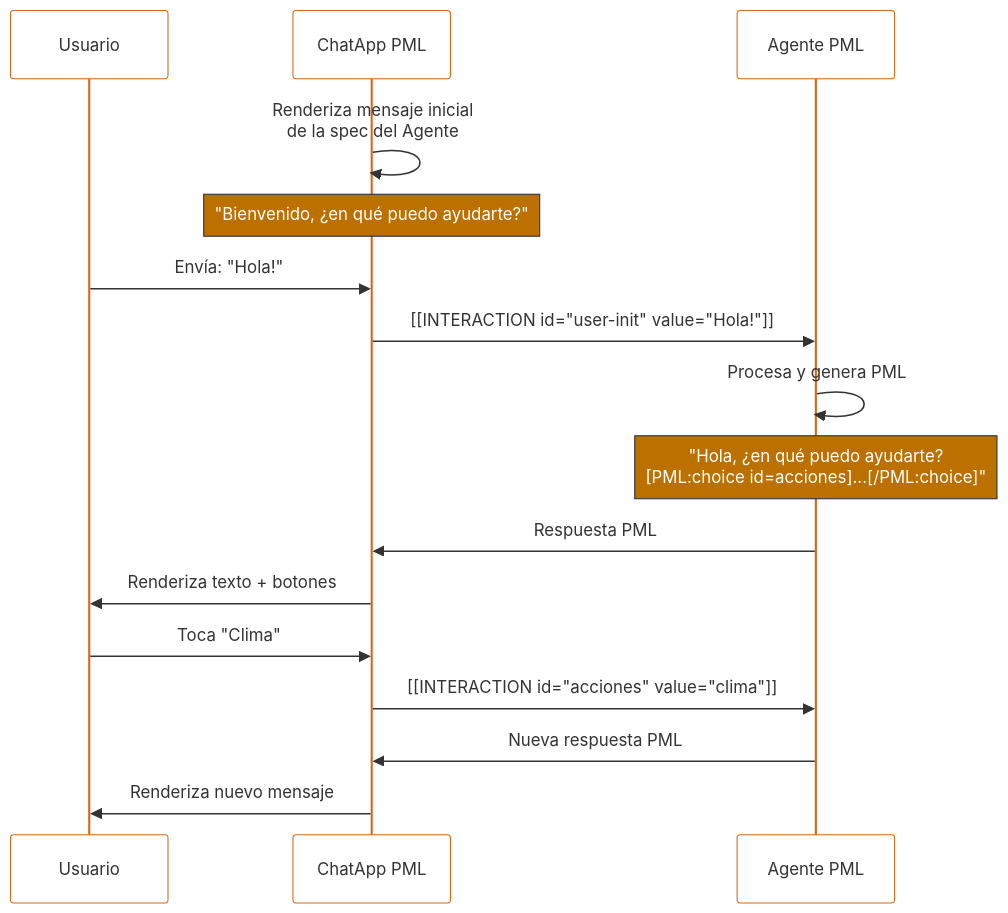
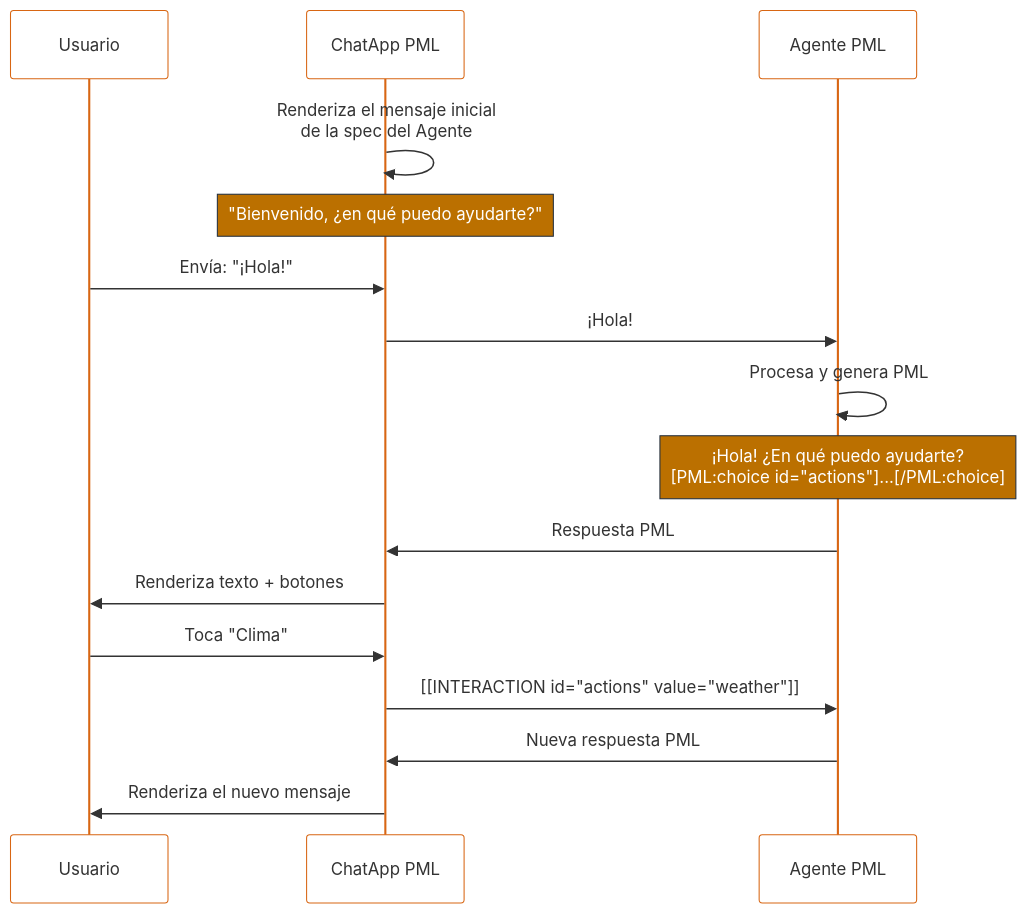
The diagram in internals/README.es.md (pedro-aaron/PML), drawn with Mermaid before and after one commit. The commit also changed other lines of this file and 3 other files, not shown here.

First line of the commit message:
Define PML v1.15 interaction contracts

````diff
--- a/internals/README.es.md
+++ b/internals/README.es.md
@@ -114,21 +112,21 @@
 ```mermaid
 %%{init: {'theme': 'base', 'themeVariables': {'labelBoxBkgColor': 'lightgrey', 'labelBoxBorderColor': '#000000', 'actorBorder': '#D86613', 'actorBkg': '#ffffff', 'activationBorderColor': '#232F3E', 'activationBkgColor': '#D86613', 'noteBkgColor': 'rgba(187, 112, 0, 1)','noteTextColor': '#ffffff', 'noteBorderColor': '#232F3E'}}}%%
 
 sequenceDiagram
     participant User as Usuario
     participant ChatApp as ChatApp PML
     participant Agent as Agente PML
 
-    ChatApp->>ChatApp: Renderiza mensaje inicial<br />de la spec del Agente
+    ChatApp->>ChatApp: Renderiza el mensaje inicial<br />de la spec del Agente
     note over ChatApp: "Bienvenido, ¿en qué puedo ayudarte?"
-    User->>ChatApp: Envía: "Hola!"
-    ChatApp->>Agent: [[INTERACTION id="user-init" value="Hola!"]]
+    User->>ChatApp: Envía: "¡Hola!"
+    ChatApp->>Agent: ¡Hola!
     Agent->>Agent: Procesa y genera PML
-    note over Agent: "Hola, ¿en qué puedo ayudarte?<br />[PML:choice id=acciones]...[/PML:choice]"
+    note over Agent: ¡Hola! ¿En qué puedo ayudarte?<br />[PML:choice id="actions"]...[/PML:choice]
     Agent->>ChatApp: Respuesta PML
     ChatApp->>User: Renderiza texto + botones
     User->>ChatApp: Toca "Clima"
-    ChatApp->>Agent: [[INTERACTION id="acciones" value="clima"]]
+    ChatApp->>Agent: [[INTERACTION id="actions" value="weather"]]
     Agent->>ChatApp: Nueva respuesta PML
-    ChatApp->>User: Renderiza nuevo mensaje
+    ChatApp->>User: Renderiza el nuevo mensaje
 ```
````
